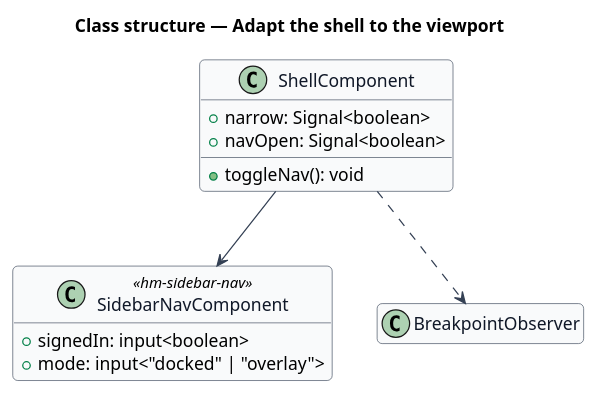
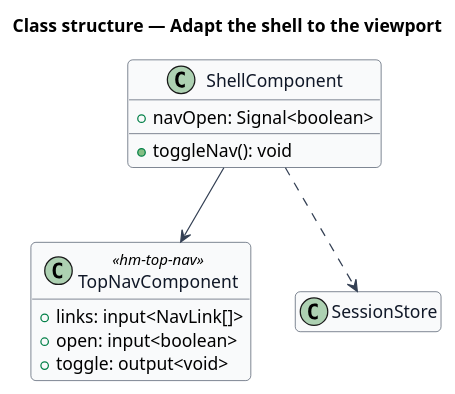
The diagram in docs/detailed-designs/interface/responsive-shell/diagrams/class-structure.puml (QuinntyneBrown/hummi), drawn with PlantUML before and after one commit. The commit also changed 39 other files, not shown here.

```diff
--- a/docs/detailed-designs/interface/responsive-shell/diagrams/class-structure.puml
+++ b/docs/detailed-designs/interface/responsive-shell/diagrams/class-structure.puml
@@ -1,26 +1,26 @@
 @startuml
 skinparam backgroundColor #FFFFFF
 skinparam shadowing false
 skinparam roundcorner 8
 skinparam defaultFontName Arial
 skinparam ArrowColor #344054
 skinparam class {
   BorderColor #344054
   FontColor #101828
   BackgroundColor #F9FAFB
 }
 hide empty members
 title Class structure — Adapt the shell to the viewport
 
 class ShellComponent {
-  +narrow: Signal<boolean>
   +navOpen: Signal<boolean>
   +toggleNav(): void
 }
-class SidebarNavComponent <<hm-sidebar-nav>> {
-  +signedIn: input<boolean>
-  +mode: input<"docked" | "overlay">
+class TopNavComponent <<hm-top-nav>> {
+  +links: input<NavLink[]>
+  +open: input<boolean>
+  +toggle: output<void>
 }
-ShellComponent --> SidebarNavComponent
-ShellComponent ..> BreakpointObserver
+ShellComponent --> TopNavComponent
+ShellComponent ..> SessionStore
 @enduml
```
